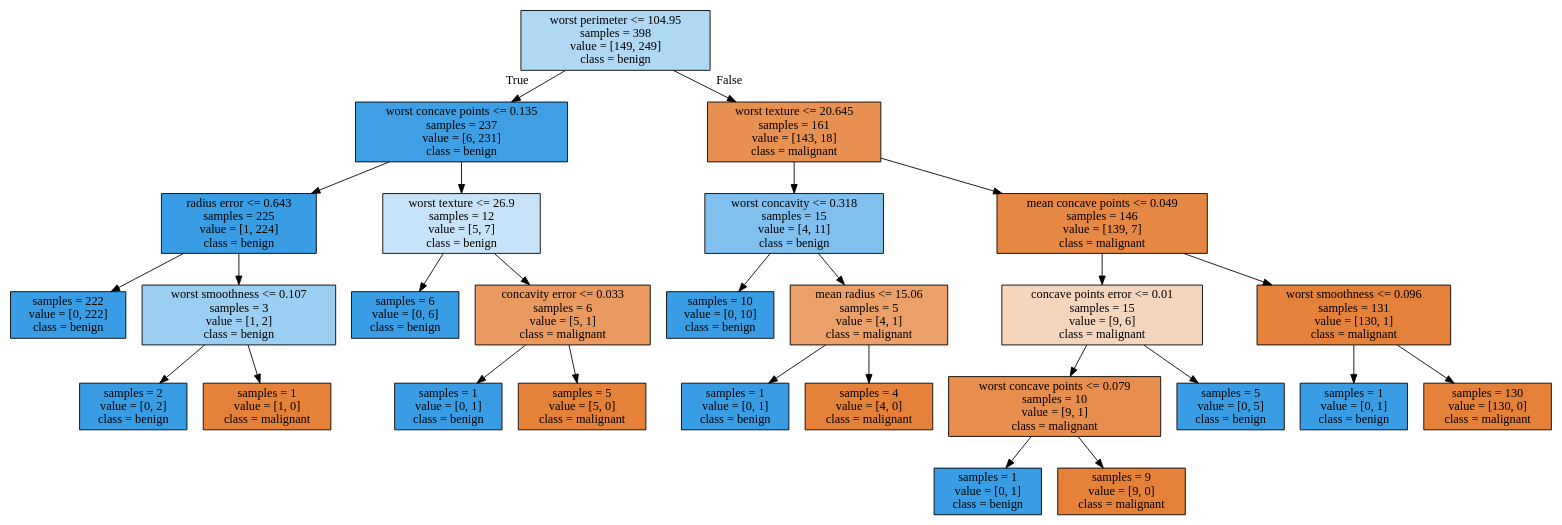
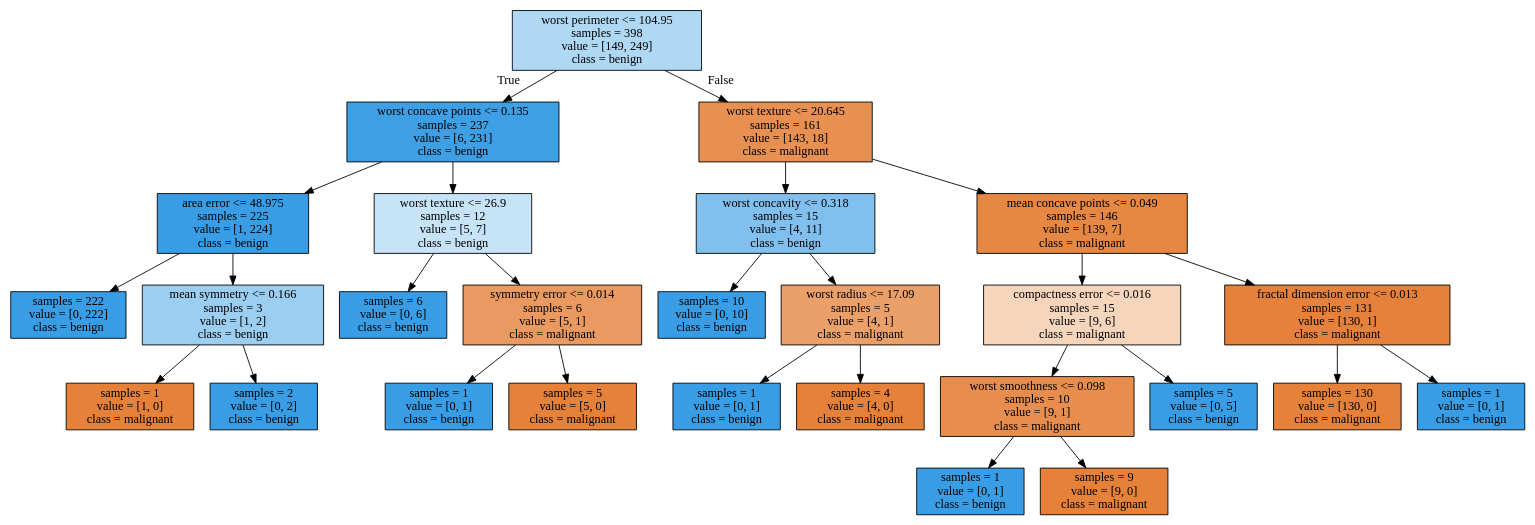
One commit to gyhd/python_study changed the diagram in 决策树/DT.dot. Above: the diagram before and after it, drawn with Graphviz. The commit also changed 1250 other files, not shown here.

```diff
--- a/决策树/DT.dot
+++ b/决策树/DT.dot
@@ -1,56 +1,56 @@
 digraph Tree {
 node [shape=box, style="filled", color="black"] ;
 0 [label="worst perimeter <= 104.95\nsamples = 398\nvalue = [149, 249]\nclass = benign", fillcolor="#399de566"] ;
 1 [label="worst concave points <= 0.135\nsamples = 237\nvalue = [6, 231]\nclass = benign", fillcolor="#399de5f8"] ;
 0 -> 1 [labeldistance=2.5, labelangle=45, headlabel="True"] ;
-2 [label="radius error <= 0.643\nsamples = 225\nvalue = [1, 224]\nclass = benign", fillcolor="#399de5fe"] ;
+2 [label="area error <= 48.975\nsamples = 225\nvalue = [1, 224]\nclass = benign", fillcolor="#399de5fe"] ;
 1 -> 2 ;
 3 [label="samples = 222\nvalue = [0, 222]\nclass = benign", fillcolor="#399de5ff"] ;
 2 -> 3 ;
-4 [label="worst smoothness <= 0.107\nsamples = 3\nvalue = [1, 2]\nclass = benign", fillcolor="#399de57f"] ;
+4 [label="mean symmetry <= 0.166\nsamples = 3\nvalue = [1, 2]\nclass = benign", fillcolor="#399de57f"] ;
 2 -> 4 ;
-5 [label="samples = 2\nvalue = [0, 2]\nclass = benign", fillcolor="#399de5ff"] ;
+5 [label="samples = 1\nvalue = [1, 0]\nclass = malignant", fillcolor="#e58139ff"] ;
 4 -> 5 ;
-6 [label="samples = 1\nvalue = [1, 0]\nclass = malignant", fillcolor="#e58139ff"] ;
+6 [label="samples = 2\nvalue = [0, 2]\nclass = benign", fillcolor="#399de5ff"] ;
 4 -> 6 ;
 7 [label="worst texture <= 26.9\nsamples = 12\nvalue = [5, 7]\nclass = benign", fillcolor="#399de549"] ;
 1 -> 7 ;
 8 [label="samples = 6\nvalue = [0, 6]\nclass = benign", fillcolor="#399de5ff"] ;
 7 -> 8 ;
-9 [label="concavity error <= 0.033\nsamples = 6\nvalue = [5, 1]\nclass = malignant", fillcolor="#e58139cc"] ;
+9 [label="symmetry error <= 0.014\nsamples = 6\nvalue = [5, 1]\nclass = malignant", fillcolor="#e58139cc"] ;
 7 -> 9 ;
 10 [label="samples = 1\nvalue = [0, 1]\nclass = benign", fillcolor="#399de5ff"] ;
 9 -> 10 ;
 11 [label="samples = 5\nvalue = [5, 0]\nclass = malignant", fillcolor="#e58139ff"] ;
 9 -> 11 ;
 12 [label="worst texture <= 20.645\nsamples = 161\nvalue = [143, 18]\nclass = malignant", fillcolor="#e58139df"] ;
 0 -> 12 [labeldistance=2.5, labelangle=-45, headlabel="False"] ;
 13 [label="worst concavity <= 0.318\nsamples = 15\nvalue = [4, 11]\nclass = benign", fillcolor="#399de5a2"] ;
 12 -> 13 ;
 14 [label="samples = 10\nvalue = [0, 10]\nclass = benign", fillcolor="#399de5ff"] ;
 13 -> 14 ;
-15 [label="mean radius <= 15.06\nsamples = 5\nvalue = [4, 1]\nclass = malignant", fillcolor="#e58139bf"] ;
+15 [label="worst radius <= 17.09\nsamples = 5\nvalue = [4, 1]\nclass = malignant", fillcolor="#e58139bf"] ;
 13 -> 15 ;
 16 [label="samples = 1\nvalue = [0, 1]\nclass = benign", fillcolor="#399de5ff"] ;
 15 -> 16 ;
 17 [label="samples = 4\nvalue = [4, 0]\nclass = malignant", fillcolor="#e58139ff"] ;
 15 -> 17 ;
 18 [label="mean concave points <= 0.049\nsamples = 146\nvalue = [139, 7]\nclass = malignant", fillcolor="#e58139f2"] ;
 12 -> 18 ;
-19 [label="concave points error <= 0.01\nsamples = 15\nvalue = [9, 6]\nclass = malignant", fillcolor="#e5813955"] ;
+19 [label="compactness error <= 0.016\nsamples = 15\nvalue = [9, 6]\nclass = malignant", fillcolor="#e5813955"] ;
 18 -> 19 ;
-20 [label="worst concave points <= 0.079\nsamples = 10\nvalue = [9, 1]\nclass = malignant", fillcolor="#e58139e3"] ;
+20 [label="worst smoothness <= 0.098\nsamples = 10\nvalue = [9, 1]\nclass = malignant", fillcolor="#e58139e3"] ;
 19 -> 20 ;
 21 [label="samples = 1\nvalue = [0, 1]\nclass = benign", fillcolor="#399de5ff"] ;
 20 -> 21 ;
 22 [label="samples = 9\nvalue = [9, 0]\nclass = malignant", fillcolor="#e58139ff"] ;
 20 -> 22 ;
 23 [label="samples = 5\nvalue = [0, 5]\nclass = benign", fillcolor="#399de5ff"] ;
 19 -> 23 ;
-24 [label="worst smoothness <= 0.096\nsamples = 131\nvalue = [130, 1]\nclass = malignant", fillcolor="#e58139fd"] ;
+24 [label="fractal dimension error <= 0.013\nsamples = 131\nvalue = [130, 1]\nclass = malignant", fillcolor="#e58139fd"] ;
 18 -> 24 ;
-25 [label="samples = 1\nvalue = [0, 1]\nclass = benign", fillcolor="#399de5ff"] ;
+25 [label="samples = 130\nvalue = [130, 0]\nclass = malignant", fillcolor="#e58139ff"] ;
 24 -> 25 ;
-26 [label="samples = 130\nvalue = [130, 0]\nclass = malignant", fillcolor="#e58139ff"] ;
+26 [label="samples = 1\nvalue = [0, 1]\nclass = benign", fillcolor="#399de5ff"] ;
 24 -> 26 ;
 }
```
